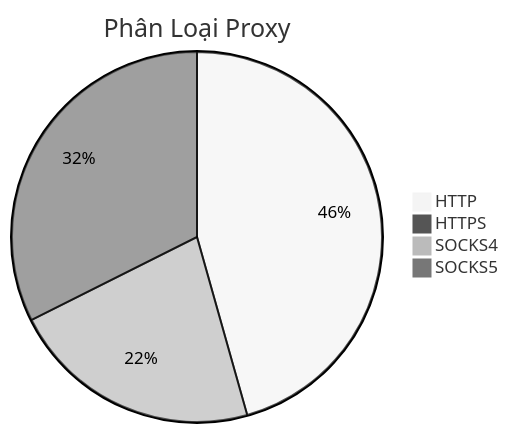
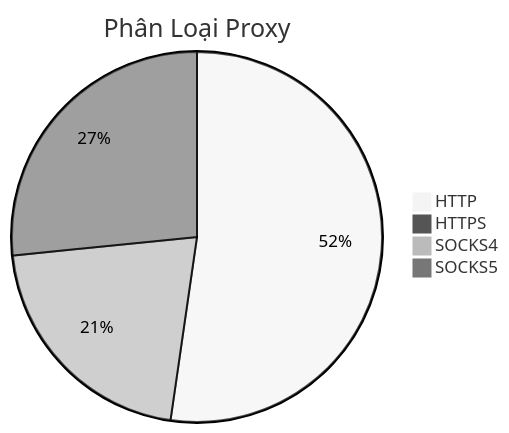
Before and after one commit to Ciara-12/PROXY-free: the diagram in README.md, drawn with Mermaid (neutral theme). The commit also changed other lines of this file and 4 other files, not shown here.

````diff
--- a/README.md
+++ b/README.md
@@ -26,7 +26,7 @@
 ```mermaid
 pie title Phân Loại Proxy
-    "HTTP" : 438
-    "HTTPS" : 0
-    "SOCKS4" : 211
-    "SOCKS5" : 311
+    "HTTP" : 629
+    "HTTPS" : 1
+    "SOCKS4" : 254
+    "SOCKS5" : 320
 ```
````
